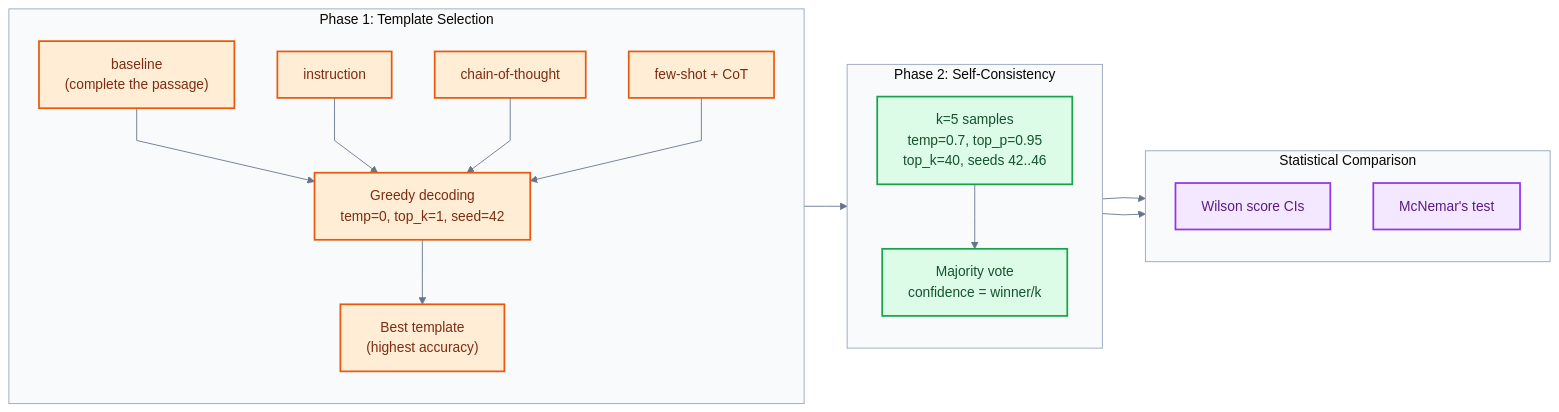
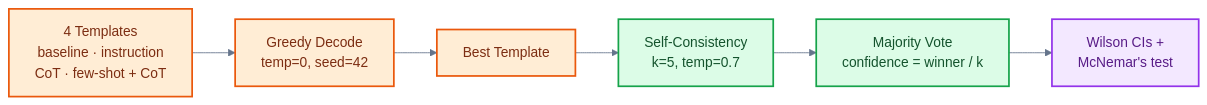
Before and after one commit to jameswniu/self-hosted-llm-evals-lab: the second of 4 diagrams in README.md, drawn with Mermaid. The commit also changed other lines of this file, not shown here.

First line of the commit message:
polish Mermaid diagrams for readability

````diff
--- a/README.md
+++ b/README.md
@@ -115,38 +110,16 @@
 ```mermaid
-%%{init: {'theme':'base', 'themeVariables': {'lineColor': '#64748b', 'clusterBkg': '#f8fafc', 'clusterBorder': '#94a3b8'}, 'flowchart': {'curve': 'linear'}}}%%
+%%{init: {'theme': 'base', 'themeVariables': {'lineColor': '#64748b', 'clusterBkg': '#f8fafc', 'clusterBorder': '#e2e8f0'}}}%%
 flowchart LR
-    classDef phase1 fill:#ffedd5,stroke:#ea580c,color:#7c2d12,stroke-width:2px
-    classDef phase2 fill:#dcfce7,stroke:#16a34a,color:#14532d,stroke-width:2px
-    classDef stats fill:#f3e8ff,stroke:#9333ea,color:#581c87,stroke-width:2px
+    classDef orange fill:#ffedd5,stroke:#ea580c,color:#7c2d12,stroke-width:2px
+    classDef green fill:#dcfce7,stroke:#16a34a,color:#14532d,stroke-width:2px
+    classDef purple fill:#f3e8ff,stroke:#9333ea,color:#581c87,stroke-width:2px
 
-    subgraph Phase1["Phase 1: Template Selection"]
-        direction TB
-        T1["baseline<br/>(complete the passage)"]:::phase1
-        T2["instruction"]:::phase1
-        T3["chain-of-thought"]:::phase1
-        T4["few-shot + CoT"]:::phase1
-        GD["Greedy decoding<br/>temp=0, top_k=1, seed=42"]:::phase1
-        T1 --> GD
-        T2 --> GD
-        T3 --> GD
-        T4 --> GD
-        GD --> BEST["Best template<br/>(highest accuracy)"]:::phase1
-    end
+    T["4 Templates<br/>baseline · instruction<br/>CoT · few-shot + CoT"]:::orange
+    GD["Greedy Decode<br/>temp=0, seed=42"]:::orange
+    BEST["Best Template"]:::orange
+    SC["Self-Consistency<br/>k=5, temp=0.7"]:::green
+    MV["Majority Vote<br/>confidence = winner / k"]:::green
+    STAT["Wilson CIs +<br/>McNemar's test"]:::purple
 
-    subgraph Phase2["Phase 2: Self-Consistency"]
-        direction TB
-        SC["k=5 samples<br/>temp=0.7, top_p=0.95<br/>top_k=40, seeds 42..46"]:::phase2
-        MV["Majority vote<br/>confidence = winner/k"]:::phase2
-        SC --> MV
-    end
-
-    subgraph Stats["Statistical Comparison"]
-        direction TB
-        WCI["Wilson score CIs"]:::stats
-        MN["McNemar's test"]:::stats
-    end
-
-    BEST --> SC
-    MV --> WCI
-    MV --> MN
+    T --> GD --> BEST --> SC --> MV --> STAT
 ```
````
